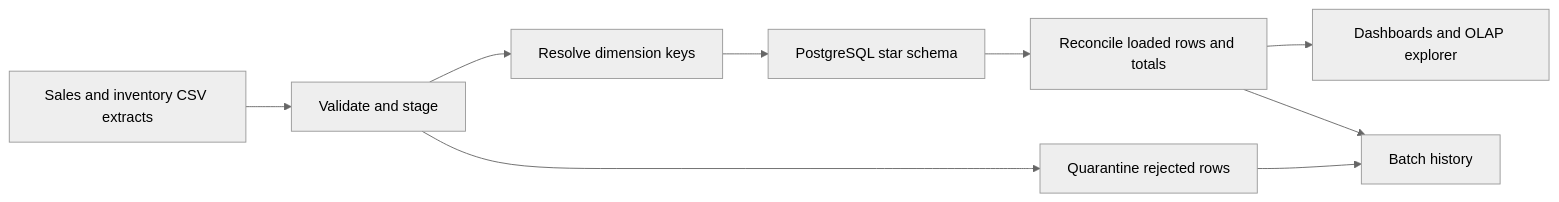
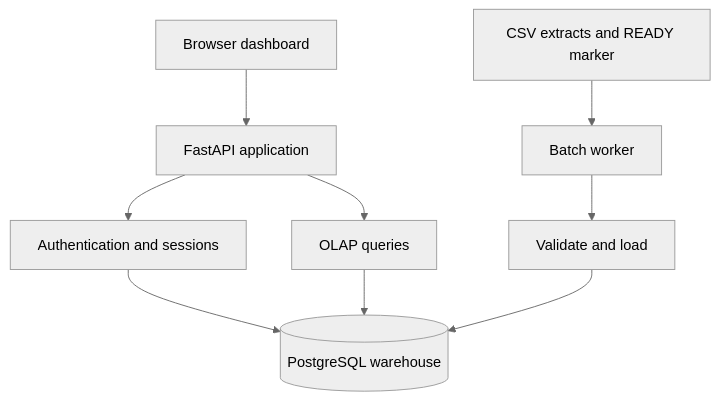
One commit to bluuluu/SEG4105-Group14-OLAP changed the diagram in docs/ARCHITECTURE.md. Above: the diagram before and after it, drawn with Mermaid (neutral theme). The commit also changed other lines of this file, not shown here.

Commit message:
docs: restore the architecture document

````diff
--- a/docs/ARCHITECTURE.md
+++ b/docs/ARCHITECTURE.md
@@ -55,11 +13,11 @@
 ```mermaid
-flowchart LR
-    A[Sales and inventory CSV extracts] --> B[Validate and stage]
-    B --> C[Resolve dimension keys]
-    B --> Q[Quarantine rejected rows]
-    C --> W[PostgreSQL star schema]
-    W --> R[Reconcile loaded rows and totals]
-    R --> D[Dashboards and OLAP explorer]
-    Q --> O[Batch history]
-    R --> O
+flowchart TD
+    Browser[Browser dashboard] --> App[FastAPI application]
+    App --> Auth[Authentication and sessions]
+    App --> Queries[OLAP queries]
+    Auth --> DB[(PostgreSQL warehouse)]
+    Queries --> DB
+    Extracts[CSV extracts and READY marker] --> Worker[Batch worker]
+    Worker --> ETL[Validate and load]
+    ETL --> DB
 ```
````
